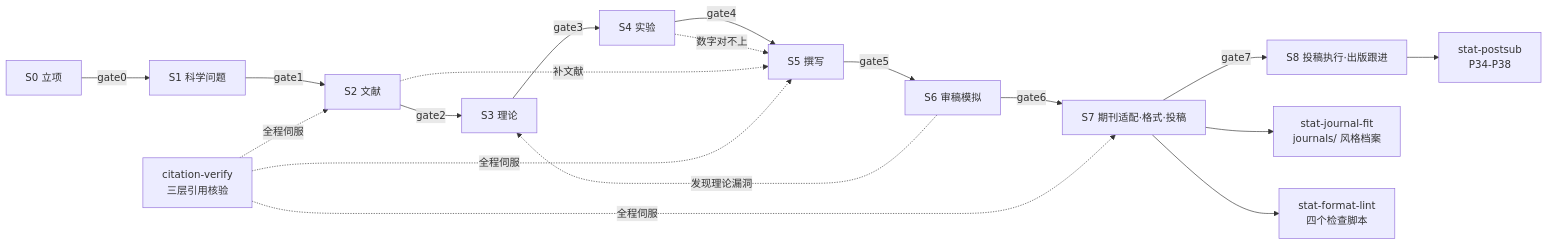
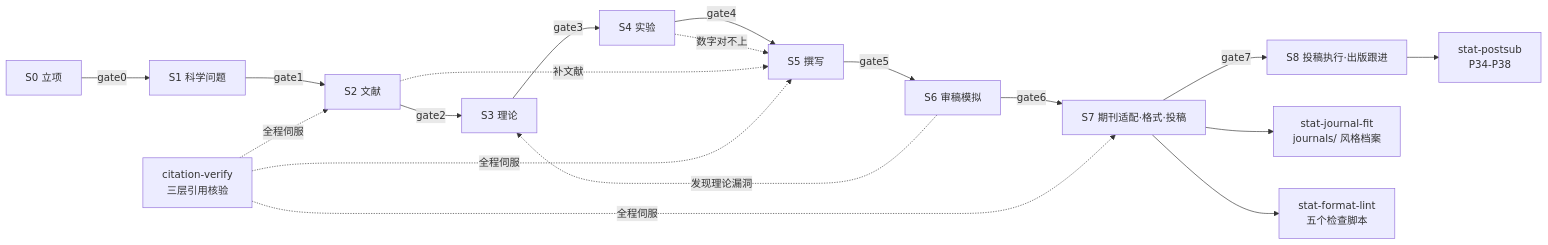
The diagram in docs/01-全流程总览.md (chenyiadam/AI-StatPaper-PhD), drawn with Mermaid before and after one commit. The commit also changed other lines of this file and 17 other files, not shown here.

````diff
--- a/docs/01-全流程总览.md
+++ b/docs/01-全流程总览.md
@@ -10,17 +10,17 @@
 ```mermaid
 flowchart LR
     S0[S0 立项] -->|gate0| S1[S1 科学问题] -->|gate1| S2[S2 文献]
     S2 -->|gate2| S3[S3 理论]
     S3 -->|gate3| S4[S4 实验]
     S4 -->|gate4| S5[S5 撰写]
     S5 -->|gate5| S6[S6 审稿模拟]
     S6 -->|gate6| S7[S7 期刊适配·格式·投稿]
     S7 -->|gate7| S8[S8 投稿执行·出版跟进]
     S7 --> S7a[stat-journal-fit<br>journals/ 风格档案]
-    S7 --> S7b[stat-format-lint<br>四个检查脚本]
+    S7 --> S7b[stat-format-lint<br>五个检查脚本]
     S8 --> S8a[stat-postsub<br>P34-P38]
     S6 -.发现理论漏洞.-> S3
     S4 -.数字对不上.-> S5
     S2 -.补文献.-> S5
     CV[citation-verify\n三层引用核验] -.全程伺服.-> S2 & S5 & S7
 ```
````
